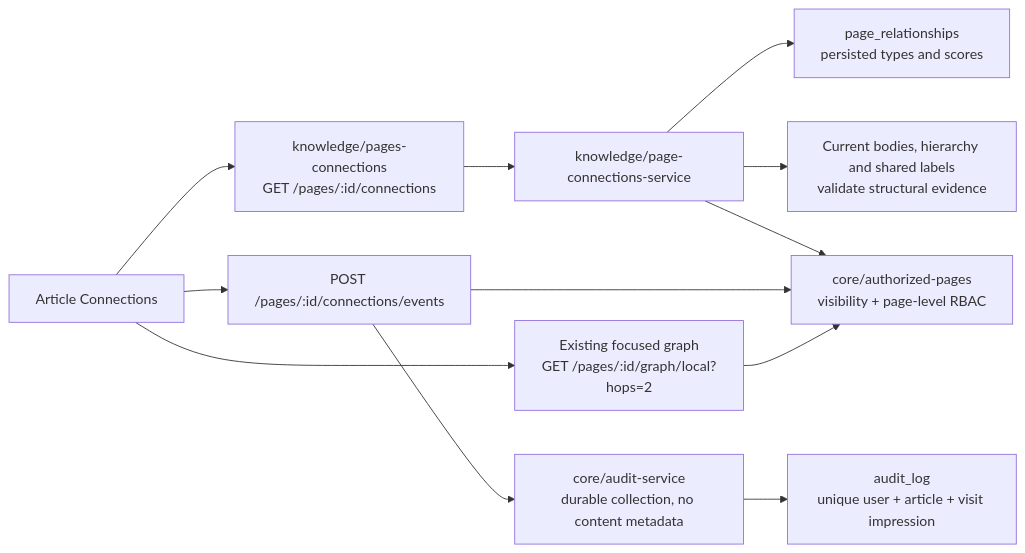
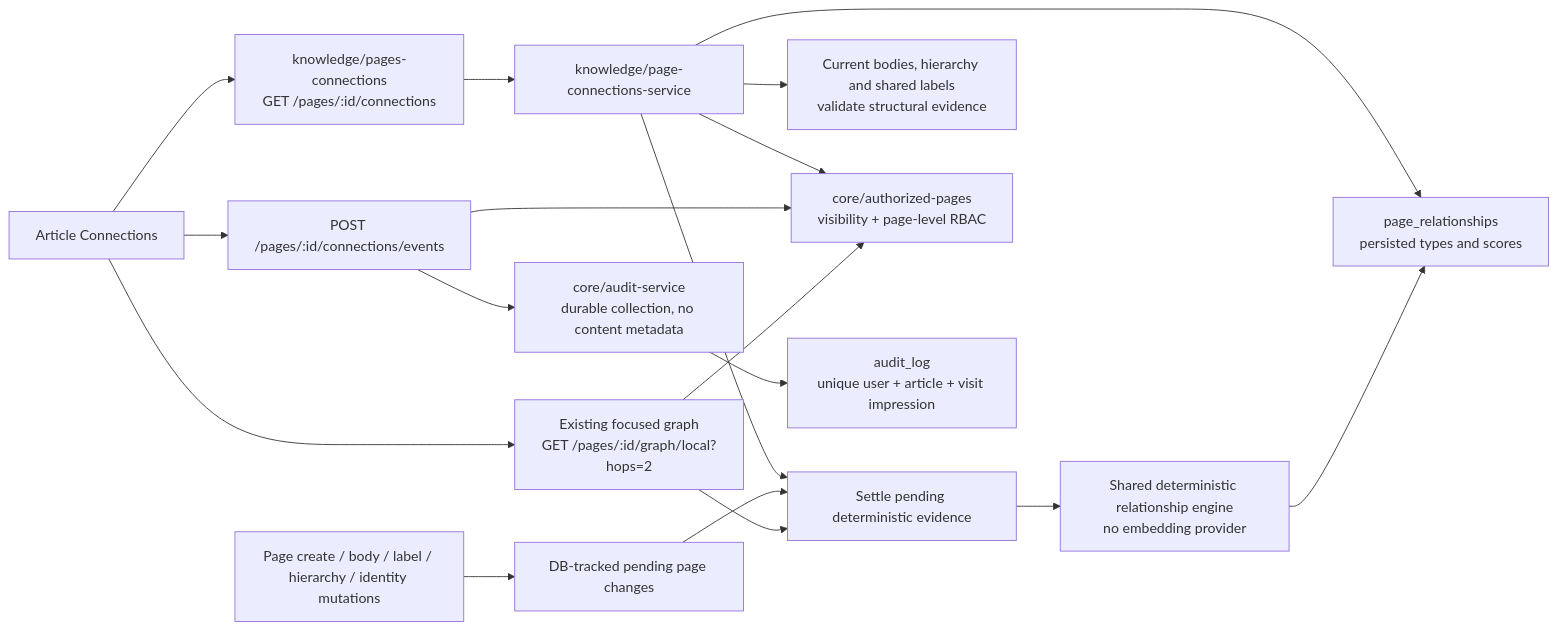
Before and after one commit to Compendiq/compendiq-ce: the second of 5 diagrams in docs/architecture/03-backend-domains.md, drawn with Mermaid. The commit also changed 4 other files, not shown here.

````diff
--- a/docs/architecture/03-backend-domains.md
+++ b/docs/architecture/03-backend-domains.md
@@ -56,14 +56,20 @@
 ```mermaid
 flowchart LR
     panel["Article Connections"] --> read["knowledge/pages-connections<br/>GET /pages/:id/connections"]
     read --> service["knowledge/page-connections-service"]
     service --> evidence["page_relationships<br/>persisted types and scores"]
+    service --> materialize["Settle pending deterministic evidence"]
+    changes["Page create / body / label / hierarchy / identity mutations"] --> dirty["DB-tracked pending page changes"]
+    dirty --> materialize
+    materialize --> engine["Shared deterministic relationship engine<br/>no embedding provider"]
+    engine --> evidence
     service --> live["Current bodies, hierarchy and shared labels<br/>validate structural evidence"]
     service --> access["core/authorized-pages<br/>visibility + page-level RBAC"]
     panel --> collect["POST /pages/:id/connections/events"]
     collect --> access
     collect --> audit["core/audit-service<br/>durable collection, no content metadata"]
     audit --> store["audit_log<br/>unique user + article + visit impression"]
     panel --> local["Existing focused graph<br/>GET /pages/:id/graph/local?hops=2"]
     local --> access
+    local --> materialize
 ```
````
